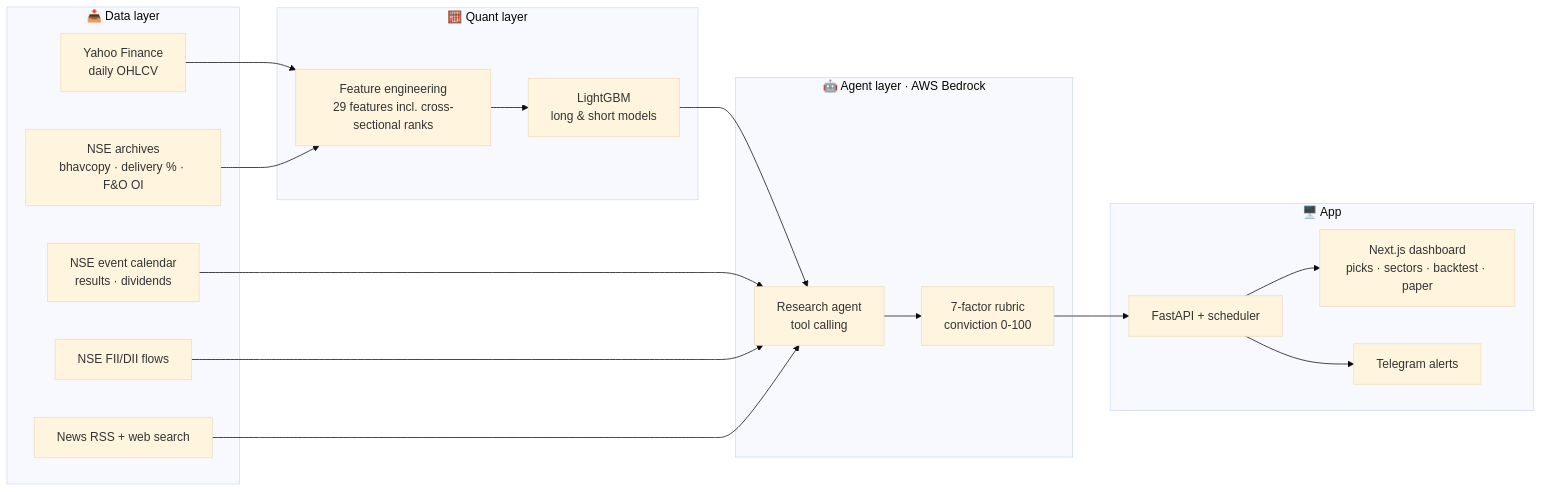
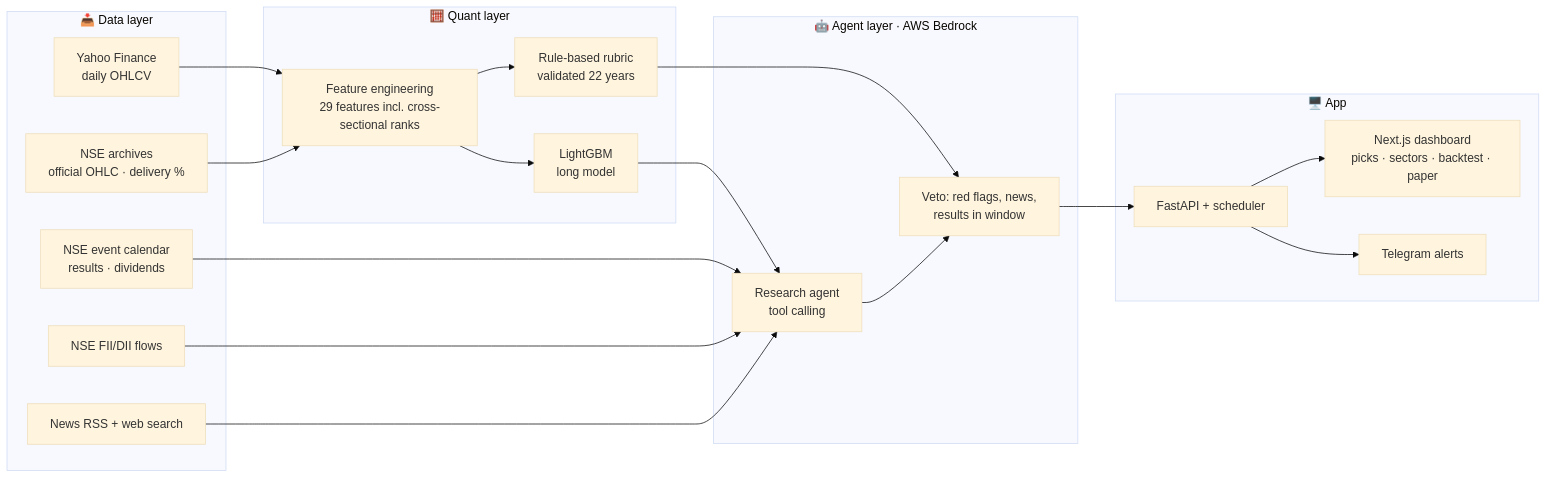
The diagram in README.md (musaddiq-vd/stock-recommendation-system), drawn with Mermaid (base theme) before and after one commit. The commit also changed other lines of this file, not shown here.

Commit message:
Update documentation for the long-only, evidence-based app

````diff
--- a/README.md
+++ b/README.md
@@ -49,36 +50,38 @@
 ```mermaid
 flowchart LR
     subgraph Data["📥 Data layer"]
         Y[Yahoo Finance<br/>daily OHLCV]
-        N[NSE archives<br/>bhavcopy · delivery % · F&O OI]
+        N[NSE archives<br/>official OHLC · delivery %]
         E[NSE event calendar<br/>results · dividends]
         F[NSE FII/DII flows]
         W[News RSS + web search]
     end
 
     subgraph Quant["🧮 Quant layer"]
         FE[Feature engineering<br/>29 features incl. cross-sectional ranks]
-        ML[LightGBM<br/>long & short models]
+        ML[LightGBM<br/>long model]
+        RU[Rule-based rubric<br/>validated 22 years]
     end
 
     subgraph Agents["🤖 Agent layer · AWS Bedrock"]
         RA[Research agent<br/>tool calling]
-        RB[7-factor rubric<br/>conviction 0-100]
+        RB[Veto: red flags, news,<br/>results in window]
     end
 
     subgraph App["🖥️ App"]
         API[FastAPI + scheduler]
         UI[Next.js dashboard<br/>picks · sectors · backtest · paper]
         TG[Telegram alerts]
     end
 
     Y --> FE
     N --> FE
     FE --> ML --> RA
+    FE --> RU --> RB
     E --> RA
     F --> RA
     W --> RA
     RA --> RB --> API
     API --> UI
     API --> TG
 ```
````
